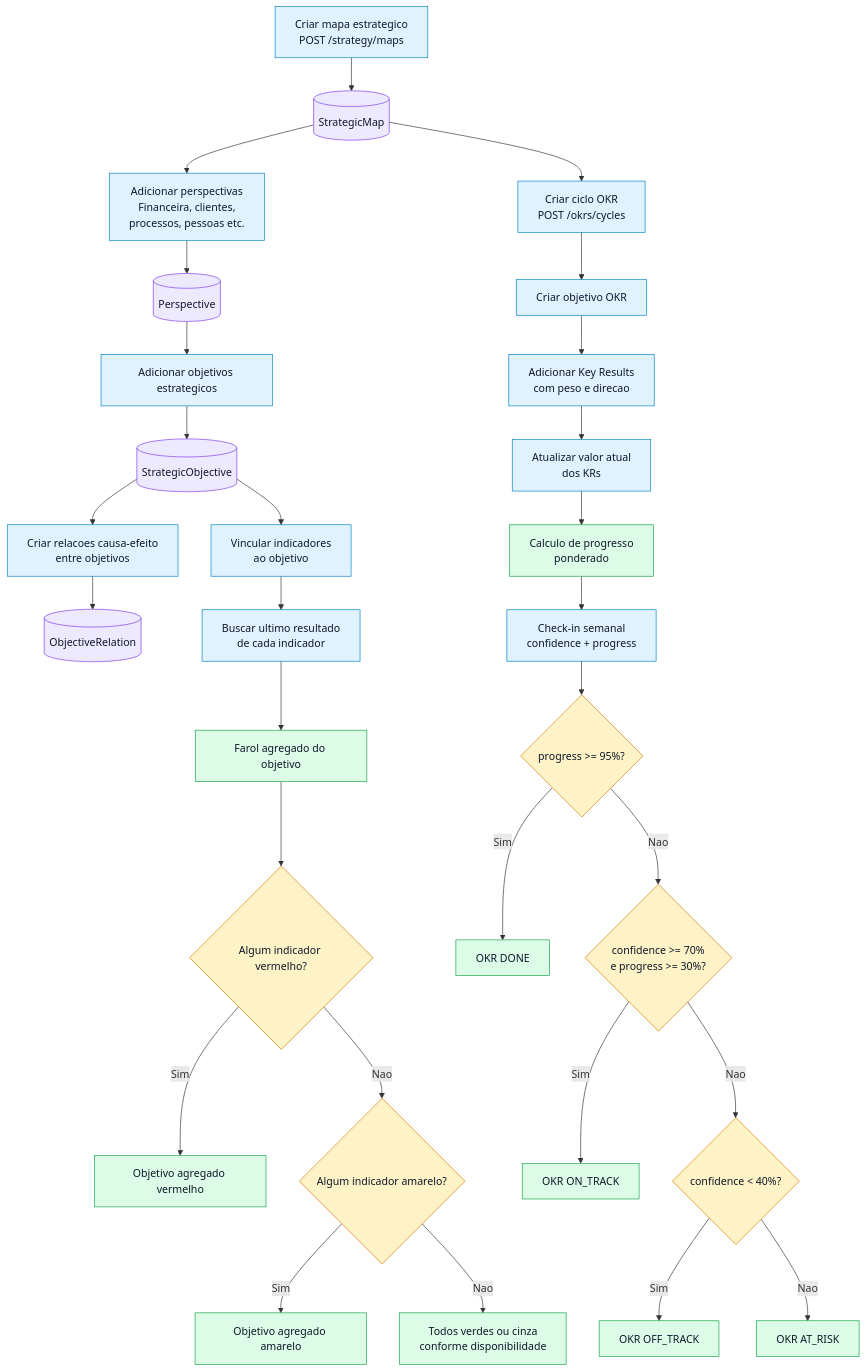
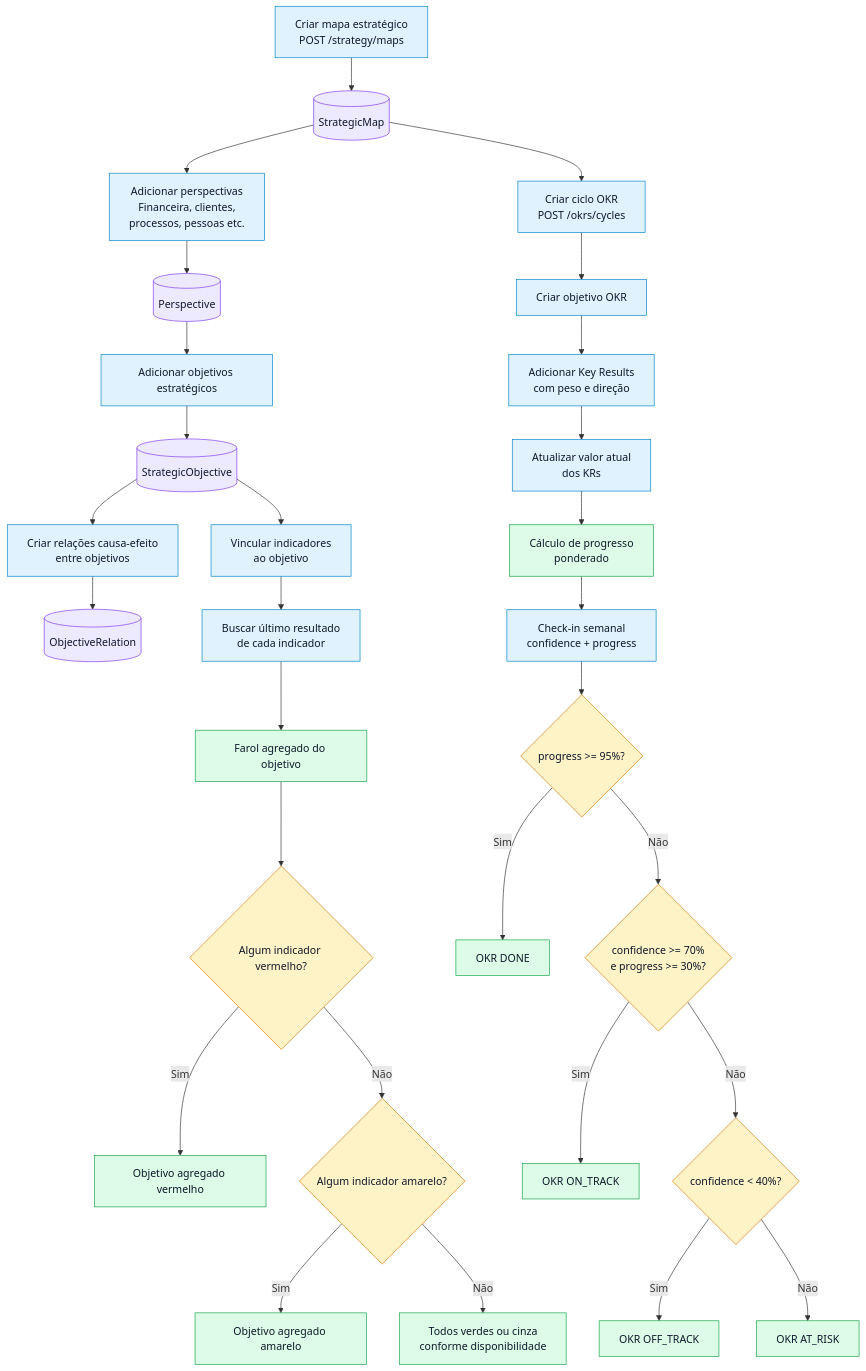
The sixth of 12 diagrams in docs/fluxograma-completo.md (aldemirfidelis/gestao-360-indicadores), drawn with Mermaid before and after one commit. The commit also changed other lines of this file and 73 other files, not shown here.

````diff
--- a/docs/fluxograma-completo.md
+++ b/docs/fluxograma-completo.md
@@ -275,40 +275,40 @@
 ```mermaid
 flowchart TD
-  A["Criar mapa estrategico<br/>POST /strategy/maps"] --> B[("StrategicMap")]
+  A["Criar mapa estratégico<br/>POST /strategy/maps"] --> B[("StrategicMap")]
   B --> C["Adicionar perspectivas<br/>Financeira, clientes,<br/>processos, pessoas etc."]
   C --> D[("Perspective")]
-  D --> E["Adicionar objetivos estrategicos"]
+  D --> E["Adicionar objetivos estratégicos"]
   E --> F[("StrategicObjective")]
-  F --> G["Criar relacoes causa-efeito<br/>entre objetivos"]
+  F --> G["Criar relações causa-efeito<br/>entre objetivos"]
   G --> H[("ObjectiveRelation")]
   F --> I["Vincular indicadores<br/>ao objetivo"]
-  I --> J["Buscar ultimo resultado<br/>de cada indicador"]
+  I --> J["Buscar último resultado<br/>de cada indicador"]
   J --> K["Farol agregado do objetivo"]
   K --> L{"Algum indicador vermelho?"}
   L -- "Sim" --> M["Objetivo agregado vermelho"]
-  L -- "Nao" --> N{"Algum indicador amarelo?"}
+  L -- "Não" --> N{"Algum indicador amarelo?"}
   N -- "Sim" --> O["Objetivo agregado amarelo"]
-  N -- "Nao" --> P["Todos verdes ou cinza<br/>conforme disponibilidade"]
+  N -- "Não" --> P["Todos verdes ou cinza<br/>conforme disponibilidade"]
   B --> Q["Criar ciclo OKR<br/>POST /okrs/cycles"]
   Q --> R["Criar objetivo OKR"]
-  R --> S["Adicionar Key Results<br/>com peso e direcao"]
+  R --> S["Adicionar Key Results<br/>com peso e direção"]
   S --> T["Atualizar valor atual<br/>dos KRs"]
-  T --> U["Calculo de progresso<br/>ponderado"]
+  T --> U["Cálculo de progresso<br/>ponderado"]
   U --> V["Check-in semanal<br/>confidence + progress"]
   V --> W{"progress >= 95%?"}
   W -- "Sim" --> X["OKR DONE"]
-  W -- "Nao" --> Y{"confidence >= 70%<br/>e progress >= 30%?"}
+  W -- "Não" --> Y{"confidence >= 70%<br/>e progress >= 30%?"}
   Y -- "Sim" --> Z["OKR ON_TRACK"]
-  Y -- "Nao" --> AA{"confidence < 40%?"}
+  Y -- "Não" --> AA{"confidence < 40%?"}
   AA -- "Sim" --> AB["OKR OFF_TRACK"]
-  AA -- "Nao" --> AC["OKR AT_RISK"]
+  AA -- "Não" --> AC["OKR AT_RISK"]
 
   classDef step fill:#e0f2fe,stroke:#0284c7,color:#0f172a
   classDef rule fill:#dcfce7,stroke:#16a34a,color:#0f172a
   classDef decision fill:#fef3c7,stroke:#d97706,color:#0f172a
   classDef data fill:#ede9fe,stroke:#7c3aed,color:#0f172a
   class A,C,E,G,I,J,Q,R,S,T,V step
   class K,M,O,P,U,X,Z,AB,AC rule
   class L,N,W,Y,AA decision
   class B,D,F,H data
 ```
````
